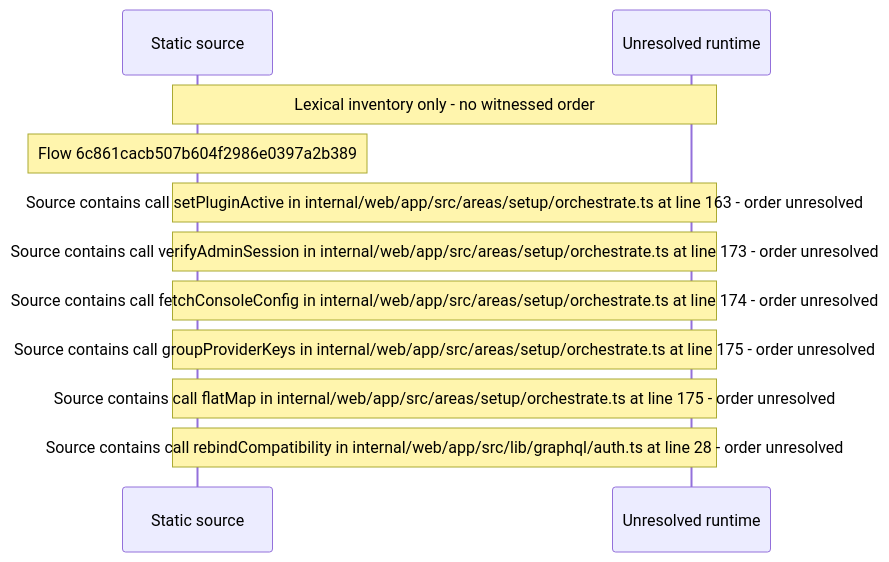
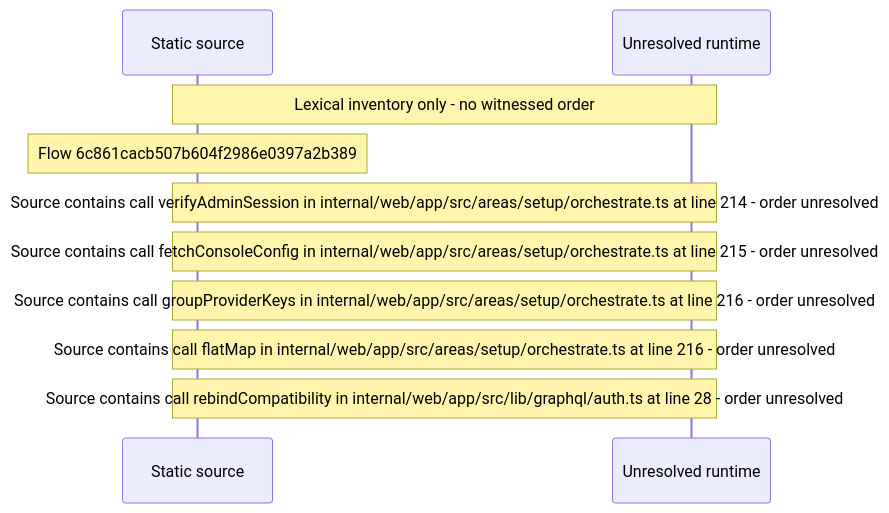
The diagram in docs/web/flows/generated/6c861cacb507b604f2986e0397a2b389/flow-diagram.md (beamfall/core), drawn with Mermaid before and after one commit. The commit also changed other lines of this file and 714 other files, not shown here.

Commit message:
Regenerate the web flow record on the batch 5 head (CORE-1762)

````diff
--- a/docs/web/flows/generated/6c861cacb507b604f2986e0397a2b389/flow-diagram.md
+++ b/docs/web/flows/generated/6c861cacb507b604f2986e0397a2b389/flow-diagram.md
@@ -10,13 +10,12 @@
 ```mermaid
 sequenceDiagram
     participant S as Static source
     participant U as Unresolved runtime
     Note over S,U: Lexical inventory only - no witnessed order
     Note over S: Flow 6c861cacb507b604f2986e0397a2b389
-    Note over S,U: Source contains call setPluginActive in internal/web/app/src/areas/setup/orchestrate.ts at line 163 - order unresolved
-    Note over S,U: Source contains call verifyAdminSession in internal/web/app/src/areas/setup/orchestrate.ts at line 173 - order unresolved
-    Note over S,U: Source contains call fetchConsoleConfig in internal/web/app/src/areas/setup/orchestrate.ts at line 174 - order unresolved
-    Note over S,U: Source contains call groupProviderKeys in internal/web/app/src/areas/setup/orchestrate.ts at line 175 - order unresolved
-    Note over S,U: Source contains call flatMap in internal/web/app/src/areas/setup/orchestrate.ts at line 175 - order unresolved
+    Note over S,U: Source contains call verifyAdminSession in internal/web/app/src/areas/setup/orchestrate.ts at line 214 - order unresolved
+    Note over S,U: Source contains call fetchConsoleConfig in internal/web/app/src/areas/setup/orchestrate.ts at line 215 - order unresolved
+    Note over S,U: Source contains call groupProviderKeys in internal/web/app/src/areas/setup/orchestrate.ts at line 216 - order unresolved
+    Note over S,U: Source contains call flatMap in internal/web/app/src/areas/setup/orchestrate.ts at line 216 - order unresolved
     Note over S,U: Source contains call rebindCompatibility in internal/web/app/src/lib/graphql/auth.ts at line 28 - order unresolved
 ```
````
